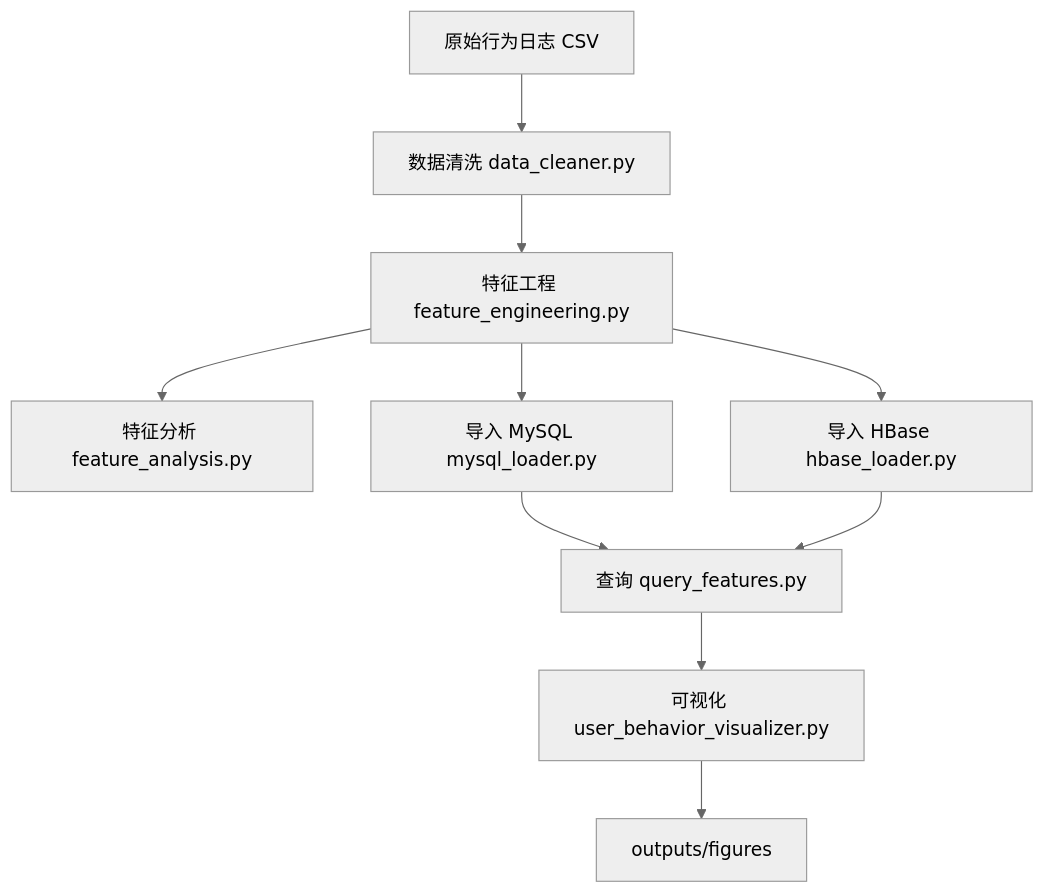
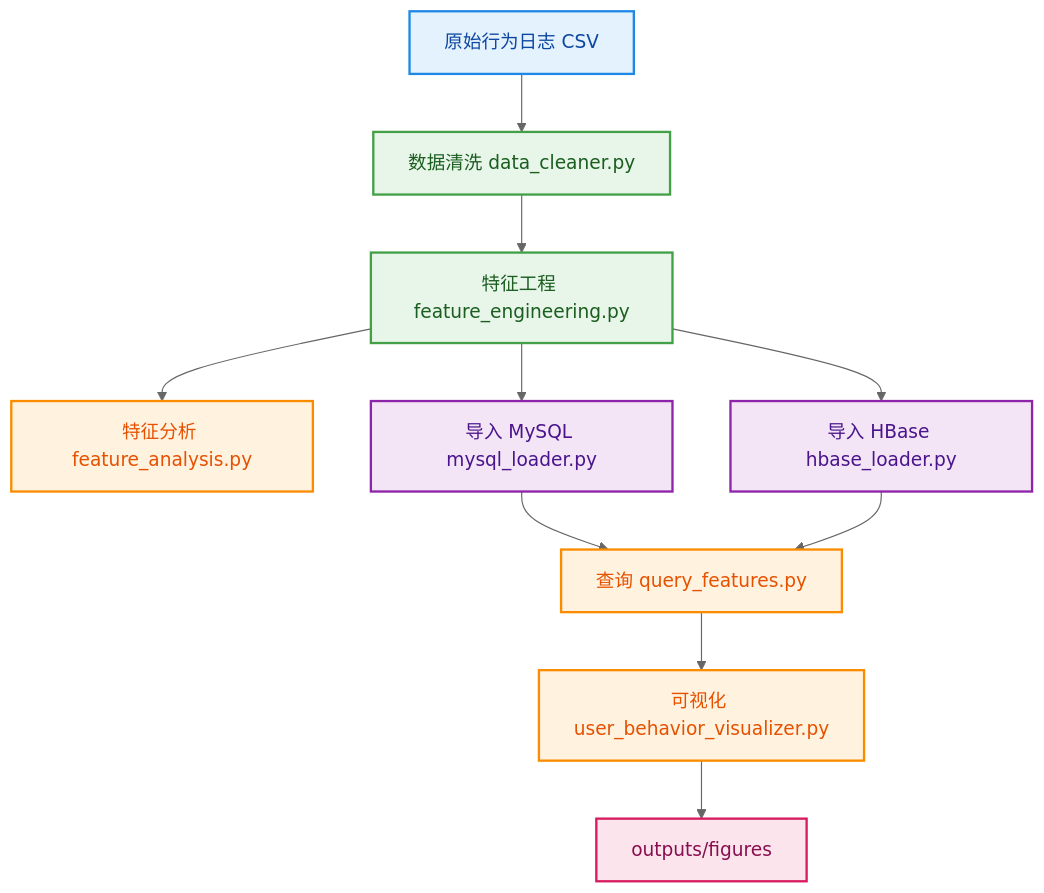
One commit to JAVAPYTHO/mygithub changed the diagram in README.md. Above: the diagram before and after it, drawn with Mermaid (neutral theme).

Commit message:
docs: style mermaid flowchart for github rendering

````diff
--- a/README.md
+++ b/README.md
@@ -104,12 +104,24 @@
 ```mermaid
 flowchart TD
   A[原始行为日志 CSV] --> B[数据清洗 data_cleaner.py]
   B --> C[特征工程 feature_engineering.py]
   C --> D[特征分析 feature_analysis.py]
   C --> E[导入 MySQL mysql_loader.py]
   C --> F[导入 HBase hbase_loader.py]
   E --> G[查询 query_features.py]
   F --> G
   G --> H[可视化 user_behavior_visualizer.py]
   H --> I[outputs/figures]
+
+  classDef source fill:#E3F2FD,stroke:#1E88E5,color:#0D47A1,stroke-width:2px;
+  classDef process fill:#E8F5E9,stroke:#43A047,color:#1B5E20,stroke-width:2px;
+  classDef analysis fill:#FFF3E0,stroke:#FB8C00,color:#E65100,stroke-width:2px;
+  classDef storage fill:#F3E5F5,stroke:#8E24AA,color:#4A148C,stroke-width:2px;
+  classDef output fill:#FCE4EC,stroke:#D81B60,color:#880E4F,stroke-width:2px;
+
+  class A source;
+  class B,C process;
+  class D,G,H analysis;
+  class E,F storage;
+  class I output;
 ```
````
